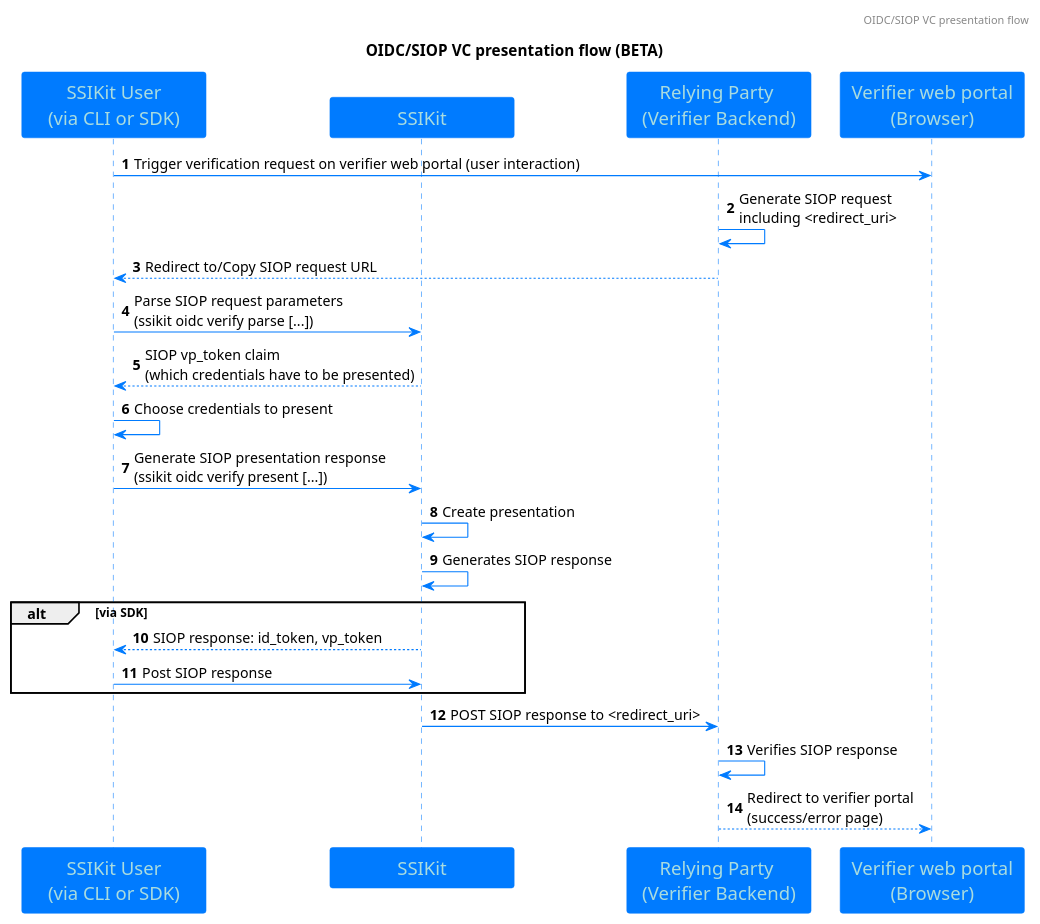
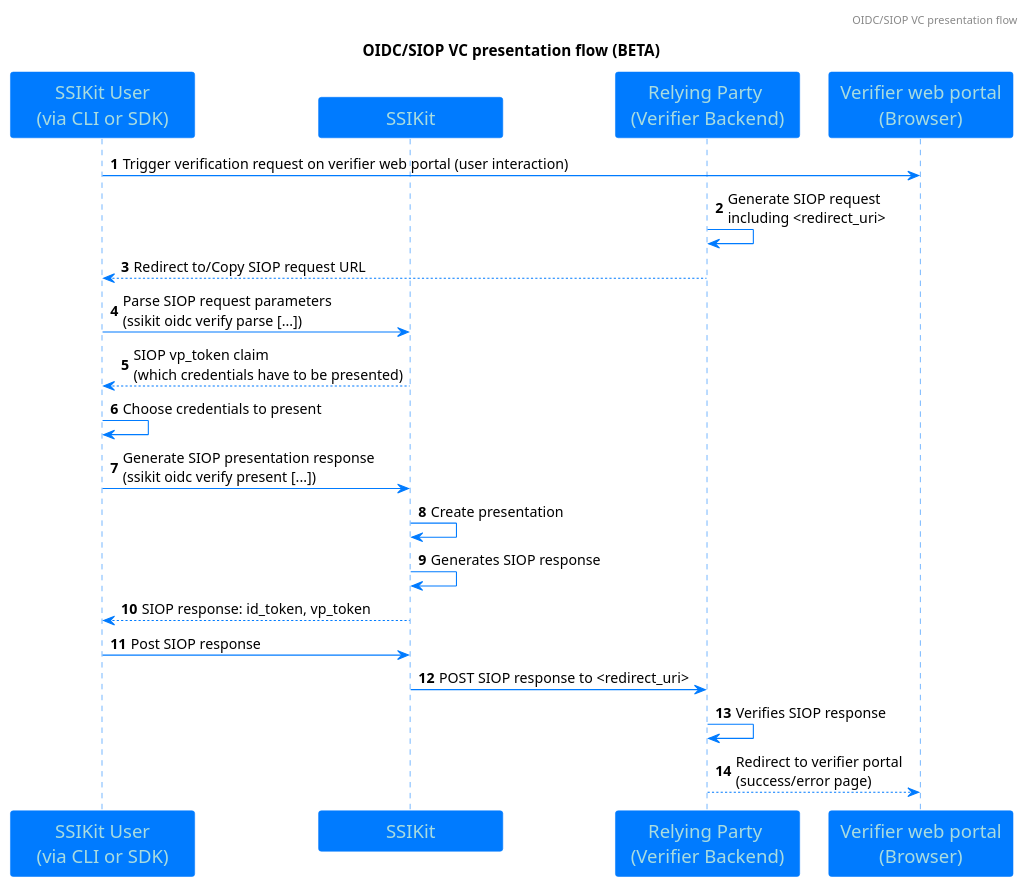
One commit to walt-id/waltid-ssikit-docs changed the diagram in ecosystems-interoperability/oidc/puml/siop-vc-presentation-ssikit.puml. Above: the diagram before and after it, drawn with PlantUML. The commit also changed 1 other file, not shown here.

Commit message:
update siop seq diagram

```diff
--- a/ecosystems-interoperability/oidc/puml/siop-vc-presentation-ssikit.puml
+++ b/ecosystems-interoperability/oidc/puml/siop-vc-presentation-ssikit.puml
@@ -1,80 +1,78 @@
 @startuml
 'https://plantuml.com/sequence-diagram
 
 skinparam classFontColor 007BFF
 skinparam classFontSize 12
 skinparam classFontName Aapex
 skinparam backgroundColor white
 skinparam minClassWidth 155
 skinparam nodesep 34
 skinparam ranksep 70
 
 skinparam sequence {
 ArrowColor 007BFF
 ActorBorderColor 007BFF
 LifeLineBorderColor 007BFF
 LifeLineBackgroundColor 007BFF
 
 ParticipantBorderColor 007BFF
 ParticipantBackgroundColor 007BFF
 ParticipantFontName Impact
 ParticipantFontSize 17
 ParticipantFontColor #A9DCDF
 
 'ActorBackgroundColor aqua
 ActorFontColor 007BFF
 ActorFontSize 17
 ActorFontName Aapex
 }
 
 skinparam class {
 BorderColor 007BFF
 ArrowColor 007BFF
 BackgroundColor white
 }
 
 skinparam interface {
 BorderColor 007BFF
 ArrowColor 007BFF
 }
 
 skinparam note {
 BorderColor 007BFF
 BackgroundColor 7ACFF5
 }
 
 
 autonumber
 header OIDC/SIOP VC presentation flow
 title
 OIDC/SIOP VC presentation flow (BETA)
 end title
 autonumber
 participant "SSIKit User\n(via CLI or SDK)" as SU
 participant "SSIKit" as SK
 participant "Relying Party \n(Verifier Backend)" as RP
 participant "Verifier web portal\n(Browser)" as VWP
 
 SU->VWP: Trigger verification request on verifier web portal (user interaction)
 RP->RP: Generate SIOP request\nincluding <redirect_uri>
 
 RP-->SU: Redirect to/Copy SIOP request URL
 
 SU->SK: Parse SIOP request parameters\n(ssikit oidc verify parse [...])
 SK-->SU: SIOP vp_token claim\n(which credentials have to be presented)
 SU->SU: Choose credentials to present
 
 SU->SK: Generate SIOP presentation response\n(ssikit oidc verify present [...])
 SK->SK: Create presentation
 SK->SK: Generates SIOP response
-alt via SDK
 SK-->SU: SIOP response: id_token, vp_token
 SU->SK: Post SIOP response
-end
 
 SK->RP: POST SIOP response to <redirect_uri>
 
 RP->RP: Verifies SIOP response
 RP-->VWP: Redirect to verifier portal\n(success/error page)
 
 @enduml
```
